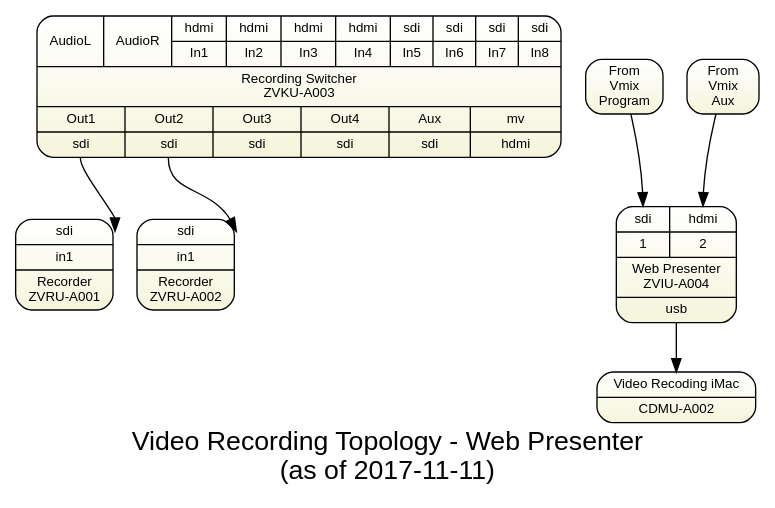
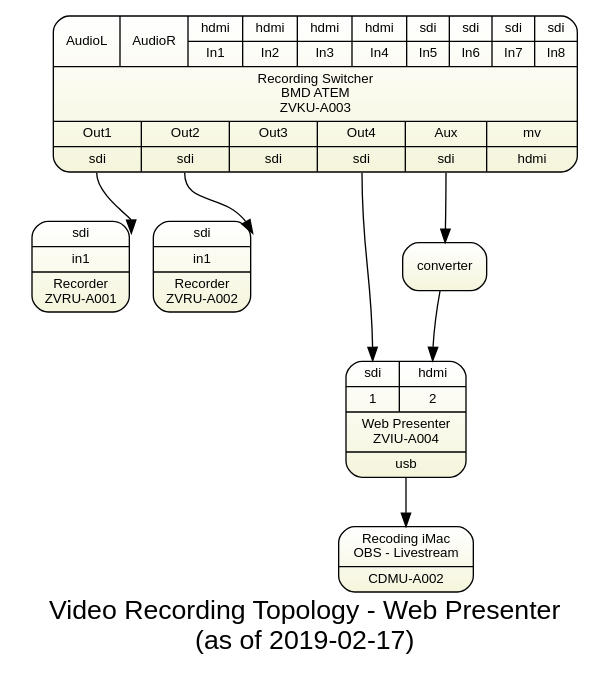
One commit to avmaint/uactechdoc changed the diagram in sdv-topology6-rec-wp.gv. Above: the diagram before and after it, drawn with Graphviz. The commit also changed 1 other file, not shown here.

Commit message:
updates to livestream diagrams

```diff
--- a/sdv-topology6-rec-wp.gv
+++ b/sdv-topology6-rec-wp.gv
@@ -1,54 +1,54 @@
 digraph webpresenter { 
   
 graph [overlap = true, fontsize = 20, 
-      label="Video Recording Topology - Web Presenter\n(as of 2017-11-11)",
+      label="Video Recording Topology - Web Presenter\n(as of 2019-02-17)",
       fontname = Helvetica, bgcolor=white
       ]
  
 node [shape = Mrecord style=filled , fillcolor="white:beige"  , fontsize = 10,
       gradientangle=270 fontname = Helvetica ]
       
 rswitch [
   tooltip="BMD ATEM Television Studio Pro HD"
 
   label="{
     {{<al>AudioL}|{<ar>AudioR}|
       {<i1>hdmi|In1}|{<i2>hdmi|In2}|{<i3>hdmi|In3}|{<i4>hdmi|In4}
       |{<i5>sdi|In5}|{<i6>sdi|In6}|{<i7>sdi|In7}|{<i8>sdi|In8}}
-      |Recording Switcher\nZVKU-A003|
+      |Recording Switcher\nBMD ATEM\nZVKU-A003|
       {{Out1|<o1>sdi}|{Out2|<o2>sdi}|{Out3|<o3>sdi}|{Out4|<o4>sdi}|{Aux|<aux>sdi}|{mv|<mv>hdmi}}
     }"
 ]
 
 recorder1 [
   label="{
     <i1>sdi|in1
     |Recorder\nZVRU-A001 
     }"
   tooltip="BMD Hyperdeck Studio Mini"
 ]
 
 recorder2 [
   label="{
     <i1>sdi|in1
     |Recorder\nZVRU-A002 
     }"
   tooltip="BMD Hyperdeck Studio Mini"
 ]
 
-fromvmp [label="From\nVmix\nProgram"]
-fromvma [label="From\nVmix\nAux"]
-
 wp [label="{{ {<i1>sdi|1 }|{<i2>hdmi|2} }|{Web Presenter \n ZVIU-A004}|{<usb>usb}}"]
 
-cdmua002 [label="{Video Recoding iMac|CDMU-A002}"]
+cdmua002 [label="{Recoding iMac\nOBS - Livestream|CDMU-A002}"]
  
-fromvmp -> wp:i1
-fromvma -> wp:i2
+converter 
+
+rswitch:aux -> converter
+converter -> wp:i2
+rswitch:o4 -> wp:i1
  
 wp -> cdmua002
  
 rswitch:o1 -> recorder1:i1 
 rswitch:o2 -> recorder2:i1 
   
 } 
```
